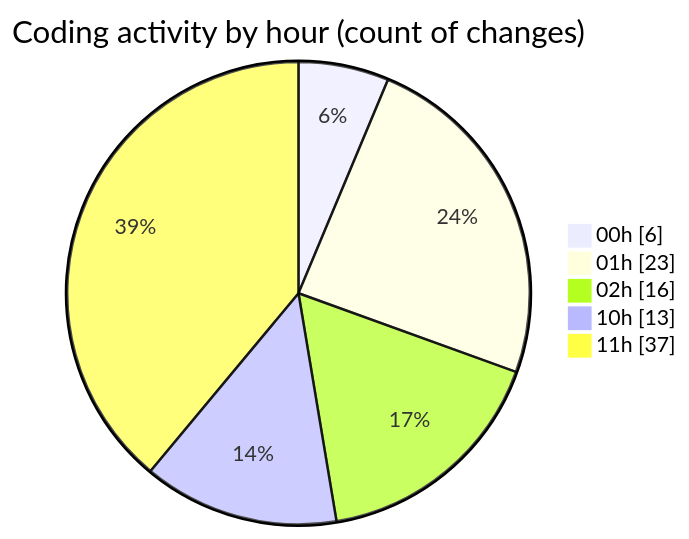
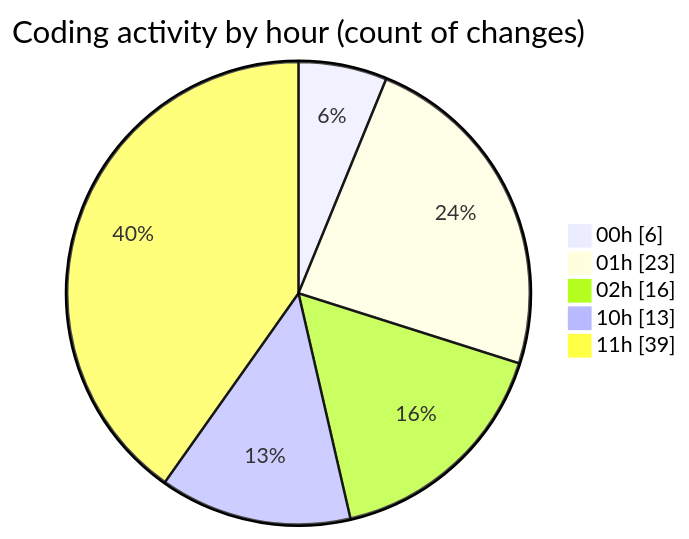
Before and after one commit to julien-gomy/code-tracking: the second of 2 diagrams in 2025-11-08/eventscop-frontend-guide__workspace_/README.md, drawn with Mermaid. The commit also changed other lines of this file and 1 other file, not shown here.

````diff
--- a/2025-11-08/eventscop-frontend-guide__workspace_/README.md
+++ b/2025-11-08/eventscop-frontend-guide__workspace_/README.md
@@ -52,9 +52,9 @@
 ```mermaid
 pie showData
 title Coding activity by hour (count of changes)
 "00h" : 6
 "01h" : 23
 "02h" : 16
 "10h" : 13
-"11h" : 37
+"11h" : 39
 ```
````
